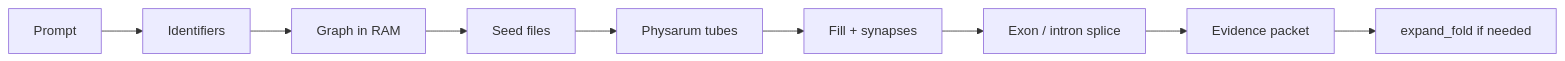
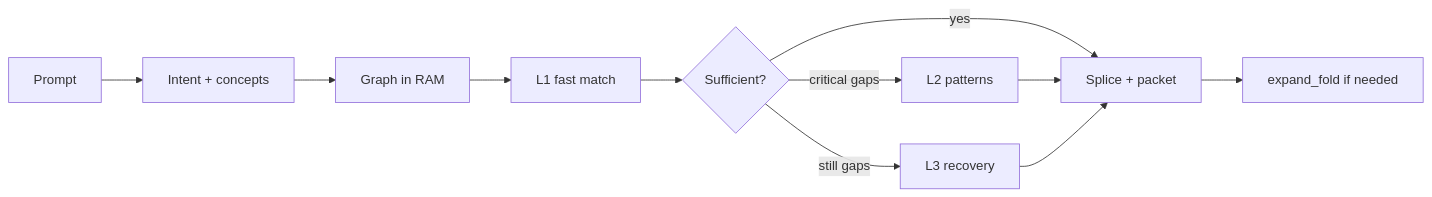
One commit to pinoox/neuromesh changed the diagram in README.md. Above: the diagram before and after it, drawn with Mermaid. The commit also changed other lines of this file and 40 other files, not shown here.

Commit message:
feat: concept-graph retrieval with single-pass escalation

````diff
--- a/README.md
+++ b/README.md
@@ -109,11 +109,13 @@
 ```mermaid
 flowchart LR
-  P[Prompt] --> I[Identifiers]
+  P[Prompt] --> I[Intent + concepts]
   I --> G[Graph in RAM]
-  G --> S[Seed files]
-  S --> T[Physarum tubes]
-  T --> F[Fill + synapses]
-  F --> X[Exon / intron splice]
-  X --> E[Evidence packet]
-  E --> W[expand_fold if needed]
+  G --> L1[L1 fast match]
+  L1 --> S{Sufficient?}
+  S -->|yes| X[Splice + packet]
+  S -->|critical gaps| L2[L2 patterns]
+  L2 --> X
+  S -->|still gaps| L3[L3 recovery]
+  L3 --> X
+  X --> W[expand_fold if needed]
 ```
````
